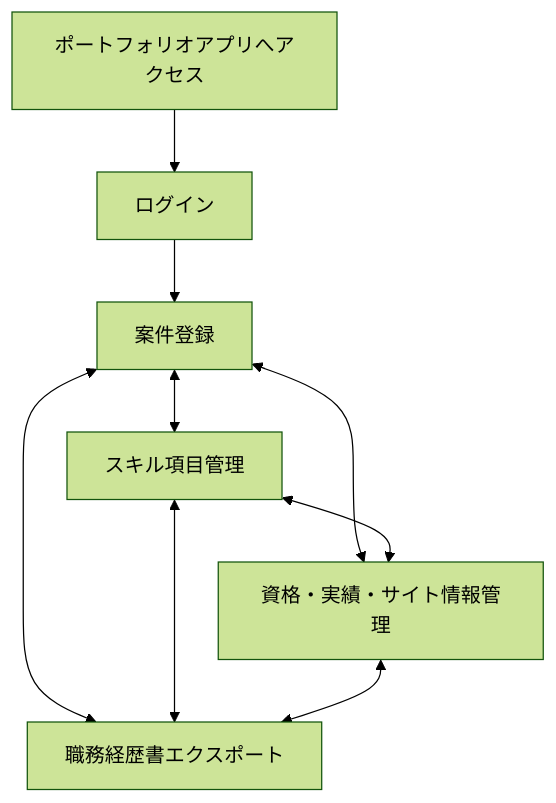
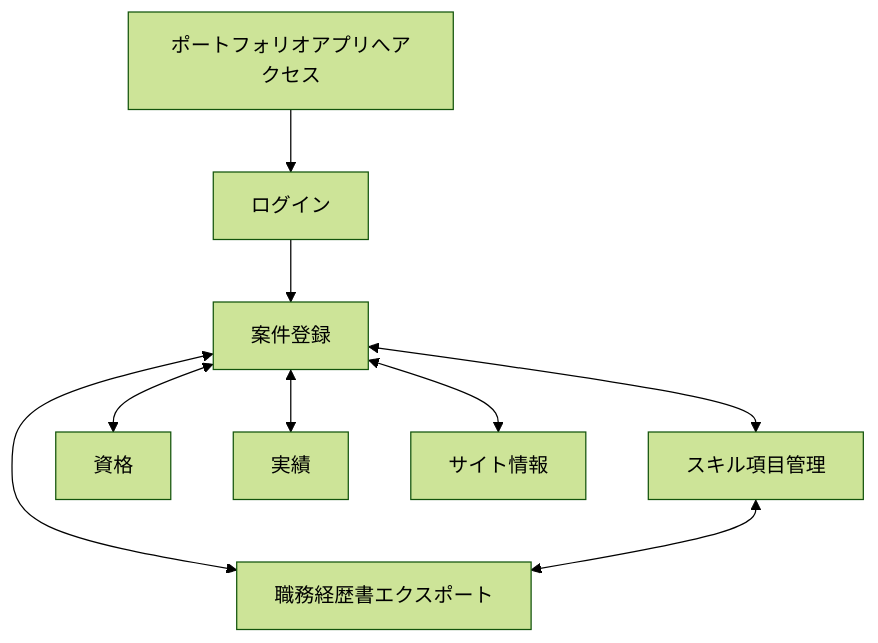
Before and after one commit to Seiya-Nakagawa/Portfolio: the third of 4 diagrams in docs/02.design/DESIGN.md, drawn with Mermaid (forest theme). The commit also changed other lines of this file and 19 other files, not shown here.

````diff
--- a/docs/02.design/DESIGN.md
+++ b/docs/02.design/DESIGN.md
@@ -289,11 +292,11 @@
 ```mermaid
 flowchart TD
     Start["ポートフォリオアプリへアクセス"] --> Login["ログイン"]
     Login --> Project["案件登録"]
     Project <--> Skill["スキル項目管理"]
-    Project <--> CertWork["資格・実績・サイト情報管理"]
+    Project <--> Cert["資格"]
+    Project <--> Work["実績"]
+    Project <--> Site["サイト情報"]
     Project <--> Output["職務経歴書エクスポート"]
-    Skill <--> CertWork
     Skill <--> Output
-    CertWork <--> Output
 ```
````
